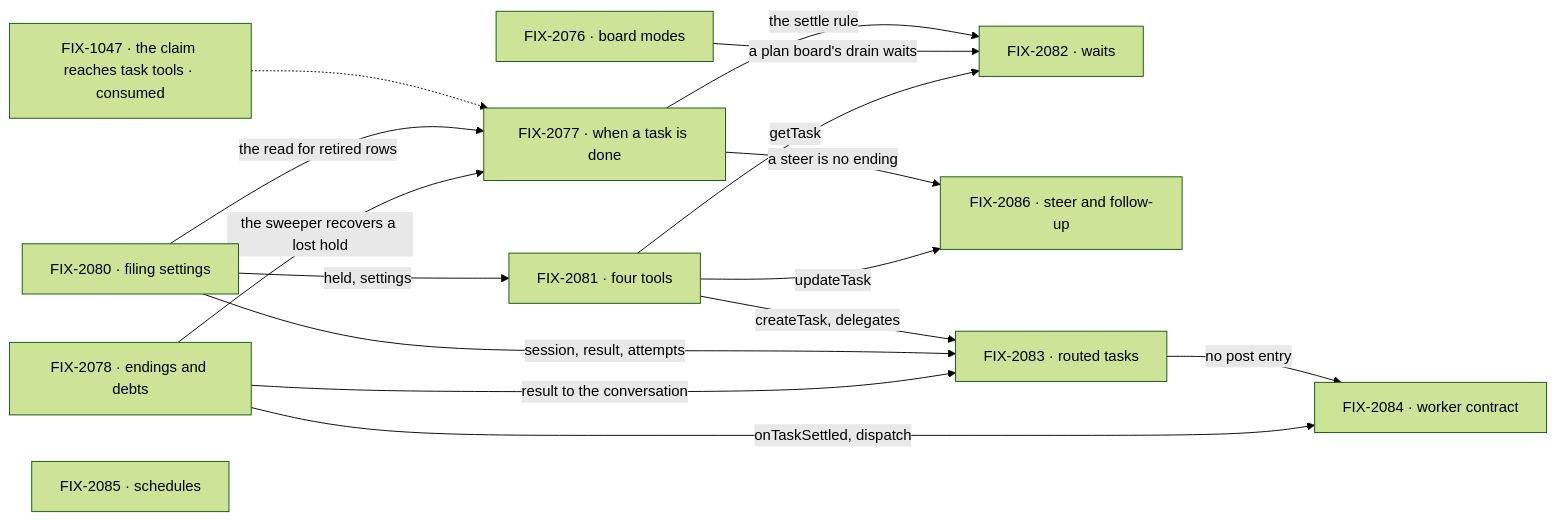
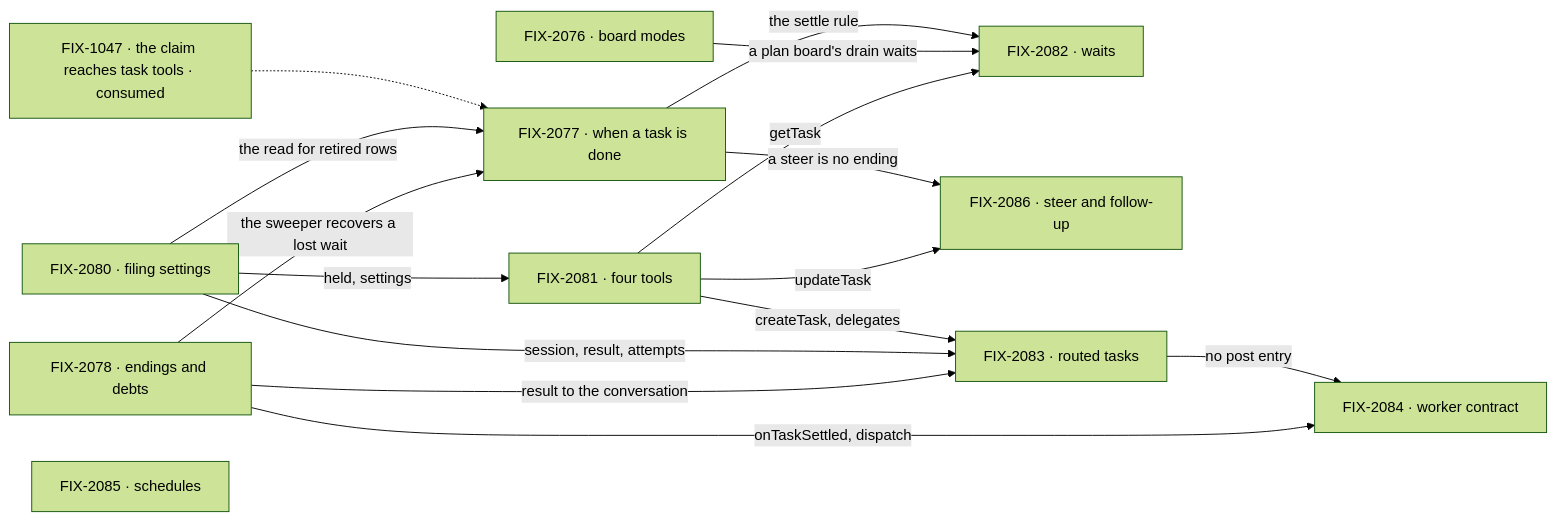
The second of 2 diagrams in specs/epics/FIX-2056/SPEC.md (fixpoint-labs/flow-state-dev), drawn with Mermaid (forest theme) before and after one commit. The commit also changed 4 other files, not shown here.

````diff
--- a/specs/epics/FIX-2056/SPEC.md
+++ b/specs/epics/FIX-2056/SPEC.md
@@ -89,18 +89,18 @@
 ```mermaid
 flowchart LR
   I["FIX-1047 · the claim reaches task tools · consumed"] -.-> B
   L["FIX-2080 · filing settings"] -->|"the read for retired rows"| B["FIX-2077 · when a task is done"]
   B -->|"the settle rule"| W["FIX-2082 · waits"]
   B -->|"a steer is no ending"| S["FIX-2086 · steer and follow-up"]
   M["FIX-2076 · board modes"] -->|"a plan board's drain waits"| W
   L -->|"held, settings"| T["FIX-2081 · four tools"]
   T -->|"getTask"| W
   T -->|"updateTask"| S
   T -->|"createTask, delegates"| R["FIX-2083 · routed tasks"]
   L -->|"session, result, attempts"| R
-  E["FIX-2078 · endings and debts"] -->|"the sweeper recovers a lost hold"| B
+  E["FIX-2078 · endings and debts"] -->|"the sweeper recovers a lost wait"| B
   E -->|"result to the conversation"| R
   R -->|"no post entry"| K["FIX-2084 · worker contract"]
   E -->|"onTaskSettled, dispatch"| K
   H["FIX-2085 · schedules"]
 ```
````
